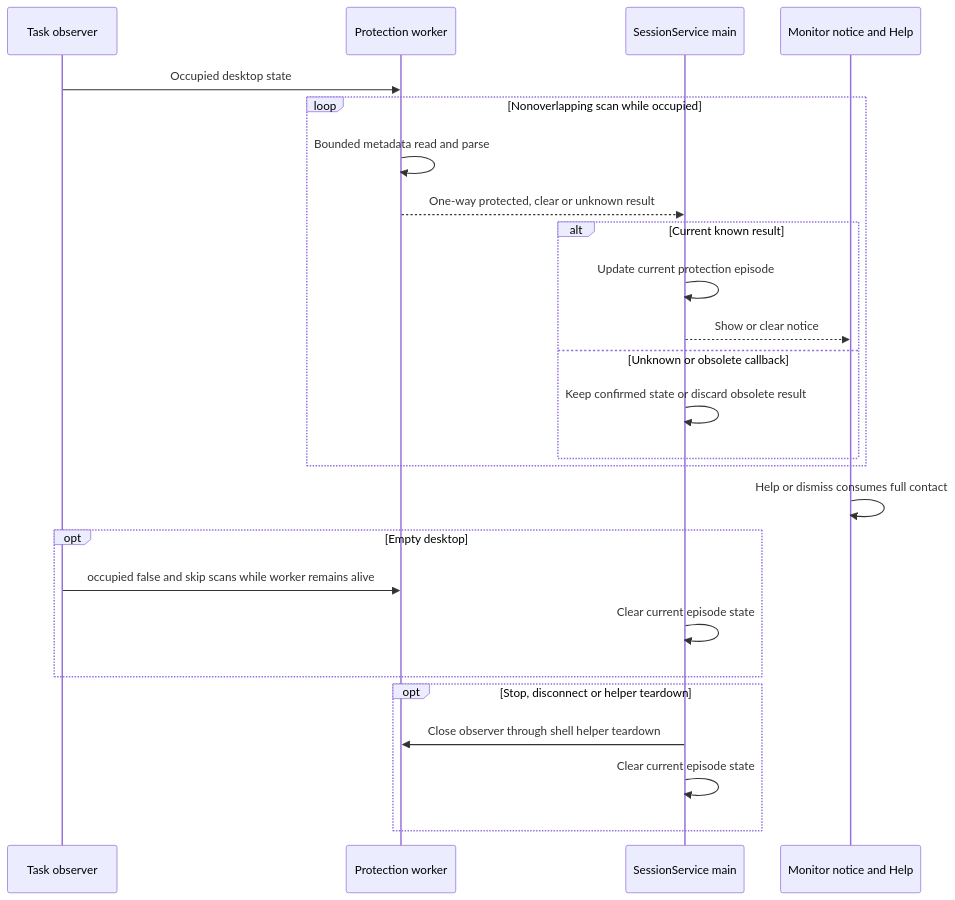
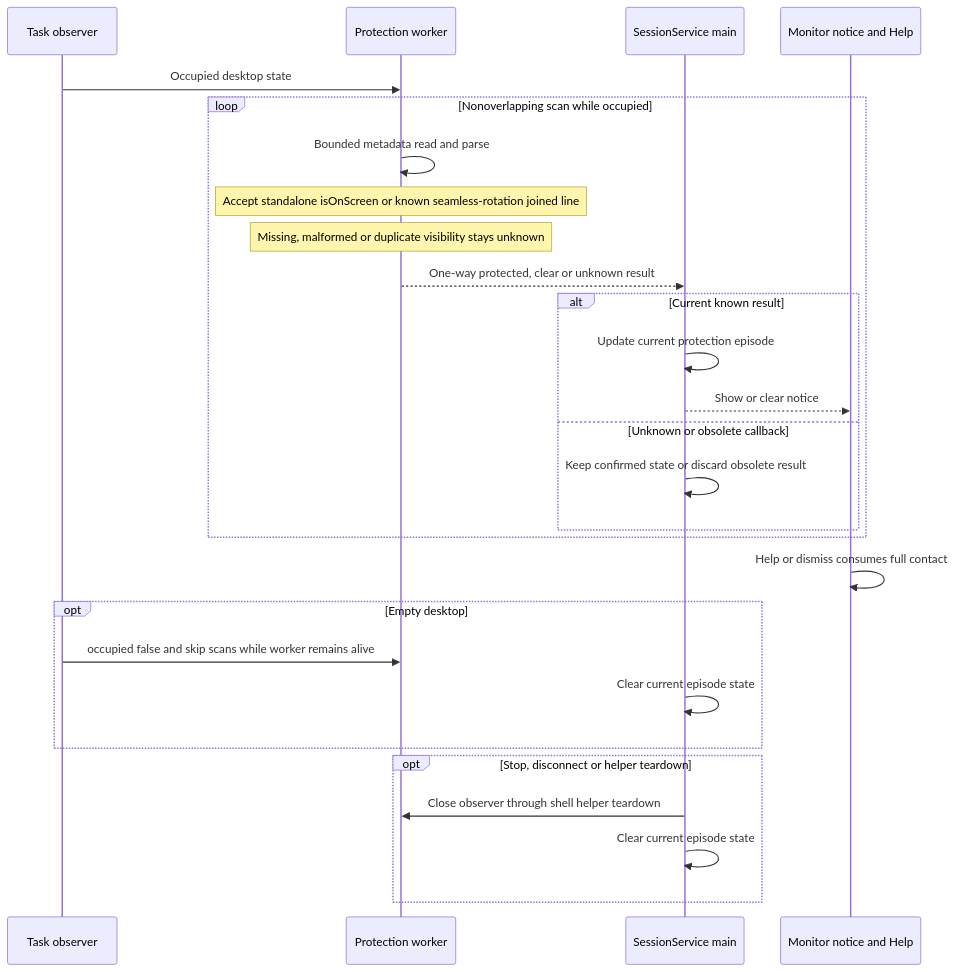
One commit to PhiLong-Ho/DexDroid changed the second of 2 diagrams in docs/architecture/features/protected-content.md. Above: the diagram before and after it, drawn with Mermaid. The commit also changed other lines of this file and 319 other files, not shown here.

````diff
--- a/docs/architecture/features/protected-content.md
+++ b/docs/architecture/features/protected-content.md
@@ -26,27 +28,29 @@
 ```mermaid
 sequenceDiagram
     participant T as Task observer
     participant P as Protection worker
     participant S as SessionService main
     participant UI as Monitor notice and Help
     T->>P: Occupied desktop state
     loop Nonoverlapping scan while occupied
         P->>P: Bounded metadata read and parse
+        Note over P: Accept standalone isOnScreen or known seamless-rotation joined line
+        Note over P: Missing, malformed or duplicate visibility stays unknown
         P-->>S: One-way protected, clear or unknown result
         alt Current known result
             S->>S: Update current protection episode
             S-->>UI: Show or clear notice
         else Unknown or obsolete callback
             S->>S: Keep confirmed state or discard obsolete result
         end
     end
     UI->>UI: Help or dismiss consumes full contact
     opt Empty desktop
         T->>P: occupied false and skip scans while worker remains alive
         S->>S: Clear current episode state
     end
     opt Stop, disconnect or helper teardown
         S->>P: Close observer through shell helper teardown
         S->>S: Clear current episode state
     end
 ```
````
